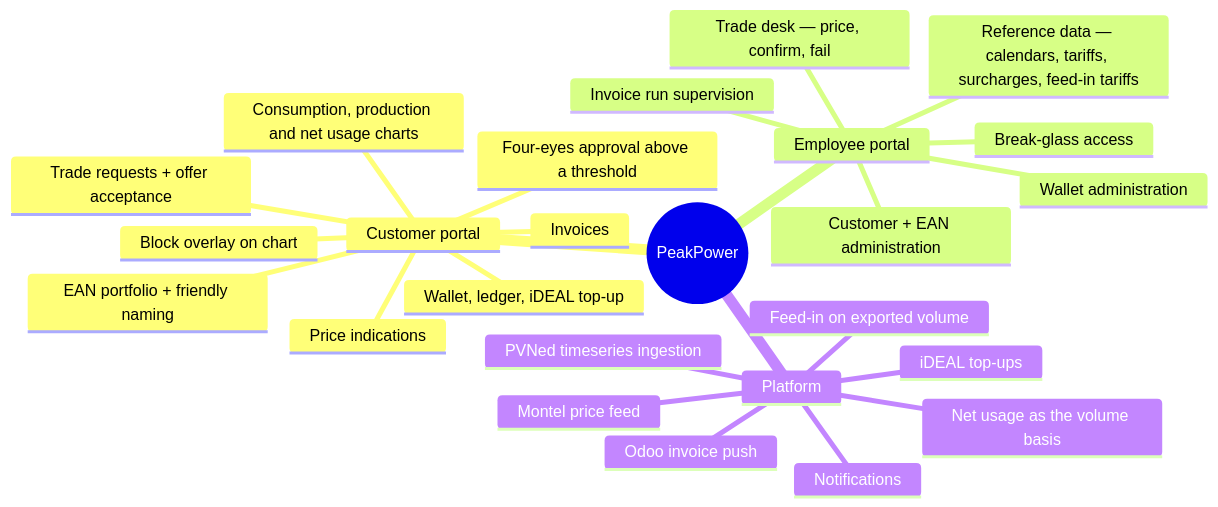
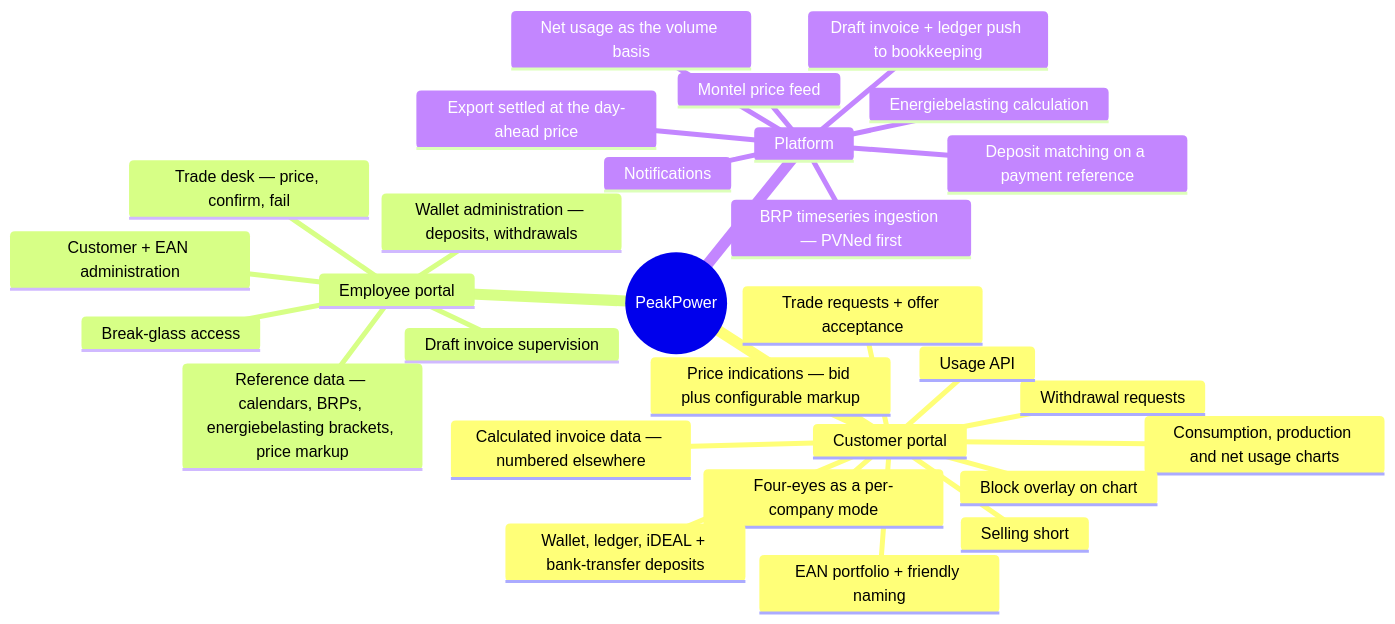
Before and after one commit to lukastosic-ifd/peakpowerspecs: the diagram in specs/00-overview/01-vision-and-scope.md, drawn with Mermaid. The commit also changed other lines of this file and 66 other files, not shown here.

````diff
--- a/specs/00-overview/01-vision-and-scope.md
+++ b/specs/00-overview/01-vision-and-scope.md
@@ -51,28 +57,32 @@
 ```mermaid
 mindmap
   root((PeakPower))
     Customer portal
       EAN portfolio + friendly naming
       Consumption, production and net usage charts
       Block overlay on chart
-      Price indications
+      Price indications — bid plus configurable markup
       Trade requests + offer acceptance
-      Four-eyes approval above a threshold
-      Wallet, ledger, iDEAL top-up
-      Invoices
+      Selling short
+      Four-eyes as a per-company mode
+      Wallet, ledger, iDEAL + bank-transfer deposits
+      Withdrawal requests
+      Calculated invoice data — numbered elsewhere
+      Usage API
     Employee portal
       Customer + EAN administration
       Trade desk — price, confirm, fail
-      Wallet administration
-      Invoice run supervision
-      Reference data — calendars, tariffs, surcharges, feed-in tariffs
+      Wallet administration — deposits, withdrawals
+      Draft invoice supervision
+      Reference data — calendars, BRPs, energiebelasting brackets, price markup
       Break-glass access
     Platform
-      PVNed timeseries ingestion
+      BRP timeseries ingestion — PVNed first
       Net usage as the volume basis
-      Feed-in on exported volume
+      Export settled at the day-ahead price
       Montel price feed
-      iDEAL top-ups
-      Odoo invoice push
+      Deposit matching on a payment reference
+      Energiebelasting calculation
+      Draft invoice + ledger push to bookkeeping
       Notifications
 ```
````
